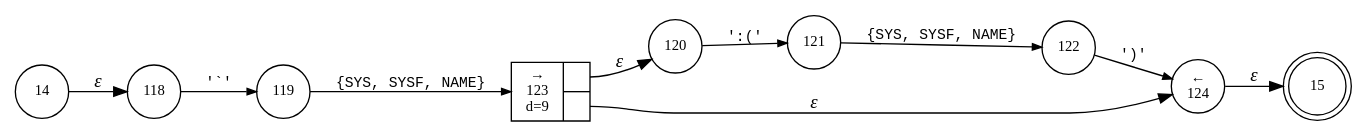
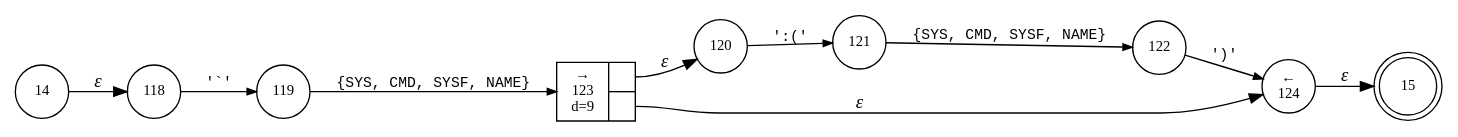
Before and after one commit to vulogov/Bund2: the diagram in internal/parser/Bund.ref_call_term.dot, drawn with Graphviz. The commit also changed 24 other files, not shown here.

```diff
--- a/internal/parser/Bund.ref_call_term.dot
+++ b/internal/parser/Bund.ref_call_term.dot
@@ -1,21 +1,21 @@
 digraph ATN {
 rankdir=LR;
 s15[fontsize=11, label="15", shape=doublecircle, fixedsize=true, width=.6];
 s118[fontsize=11,label="118", shape=circle, fixedsize=true, width=.55, peripheries=1];
 s119[fontsize=11,label="119", shape=circle, fixedsize=true, width=.55, peripheries=1];
 s120[fontsize=11,label="120", shape=circle, fixedsize=true, width=.55, peripheries=1];
 s121[fontsize=11,label="121", shape=circle, fixedsize=true, width=.55, peripheries=1];
 s122[fontsize=11,label="122", shape=circle, fixedsize=true, width=.55, peripheries=1];
 s123[fontsize=11,label="{&rarr;\n123\nd=9|{<p0>|<p1>}}", shape=record, fixedsize=false, peripheries=1];
 s124[fontsize=11,label="&larr;\n124", shape=circle, fixedsize=true, width=.55, peripheries=1];
 s14[fontsize=11,label="14", shape=circle, fixedsize=true, width=.55, peripheries=1];
 s14 -> s118 [fontname="Times-Italic", label="&epsilon;"];
 s118 -> s119 [fontsize=11, fontname="Courier", arrowsize=.7, label = "'`'", arrowhead = normal];
-s119 -> s123 [fontsize=11, fontname="Courier", arrowsize=.7, label = "{SYS, SYSF, NAME}", arrowhead = normal];
+s119 -> s123 [fontsize=11, fontname="Courier", arrowsize=.7, label = "{SYS, CMD, SYSF, NAME}", arrowhead = normal];
 s123:p0 -> s120 [fontname="Times-Italic", label="&epsilon;"];
 s123:p1 -> s124 [fontname="Times-Italic", label="&epsilon;"];
 s120 -> s121 [fontsize=11, fontname="Courier", arrowsize=.7, label = "':('", arrowhead = normal];
 s124 -> s15 [fontname="Times-Italic", label="&epsilon;"];
-s121 -> s122 [fontsize=11, fontname="Courier", arrowsize=.7, label = "{SYS, SYSF, NAME}", arrowhead = normal];
+s121 -> s122 [fontsize=11, fontname="Courier", arrowsize=.7, label = "{SYS, CMD, SYSF, NAME}", arrowhead = normal];
 s122 -> s124 [fontsize=11, fontname="Courier", arrowsize=.7, label = "')'", arrowhead = normal];
 }
```
